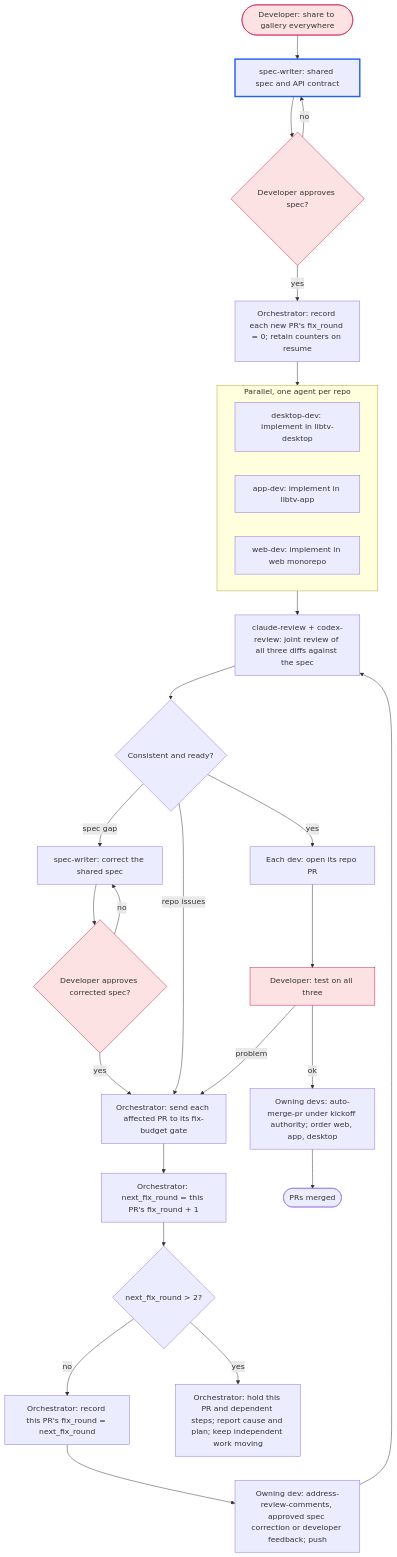
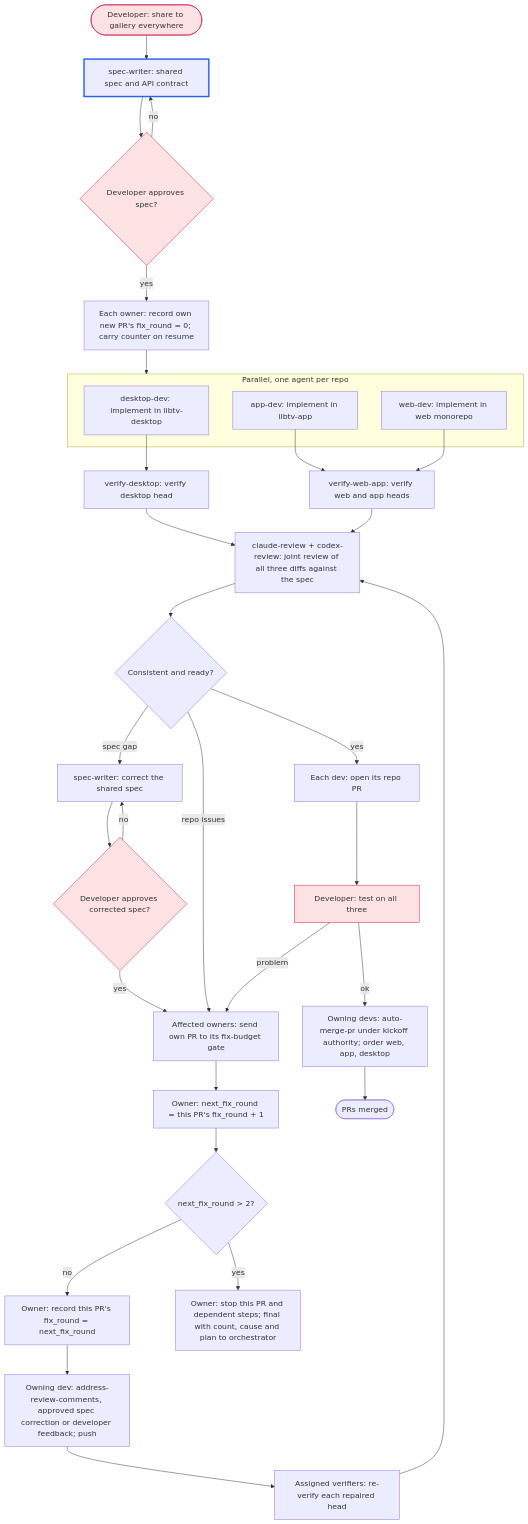
Before and after one commit to asura1234/bus: the diagram in workflows/cross-repo-feature.md, drawn with Mermaid. The commit also changed other lines of this file and 11 other files, not shown here.

````diff
--- a/workflows/cross-repo-feature.md
+++ b/workflows/cross-repo-feature.md
@@ -18,37 +22,42 @@
 ```mermaid
 flowchart TD
     start([Developer: share to gallery everywhere]):::developer --> spec
     spec[spec-writer: shared spec and API contract] --> agree{Developer approves spec?}:::developer
     agree -- no --> spec
-    agree -- yes --> initround["Orchestrator: record each new PR's fix_round = 0; retain counters on resume"]
+    agree -- yes --> initround["Each owner: record own new PR's fix_round = 0; carry counter on resume"]
     initround --> build
 
     subgraph build [Parallel, one agent per repo]
         desktop[desktop-dev: implement in libtv-desktop]
         app[app-dev: implement in libtv-app]
         web[web-dev: implement in web monorepo]
     end
 
-    build --> joint[claude-review + codex-review: joint review of all three diffs against the spec]
+    desktop --> verifydesktop[verify-desktop: verify desktop head]
+    app --> verifywebapp[verify-web-app: verify web and app heads]
+    web --> verifywebapp
+    verifydesktop --> joint[claude-review + codex-review: joint review of all three diffs against the spec]
+    verifywebapp --> joint
     joint --> consistent{Consistent and ready?}
     consistent -- spec gap --> revisespec[spec-writer: correct the shared spec]
     revisespec --> reapprove{Developer approves corrected spec?}:::developer
     reapprove -- no --> revisespec
     reapprove -- yes --> queuefix
-    consistent -- repo issues --> queuefix[Orchestrator: send each affected PR to its fix-budget gate]
-    queuefix --> nextfix["Orchestrator: next_fix_round = this PR's fix_round + 1"]
+    consistent -- repo issues --> queuefix[Affected owners: send own PR to its fix-budget gate]
+    queuefix --> nextfix["Owner: next_fix_round = this PR's fix_round + 1"]
     nextfix --> overbudget{"next_fix_round > 2?"}
-    overbudget -- no --> countfix["Orchestrator: record this PR's fix_round = next_fix_round"]
+    overbudget -- no --> countfix["Owner: record this PR's fix_round = next_fix_round"]
     countfix --> fixes[Owning dev: address-review-comments, approved spec correction or developer feedback; push]
-    fixes --> joint
-    overbudget -- yes --> hold[Orchestrator: hold this PR and dependent steps; report cause and plan; keep independent work moving]
+    fixes --> reverify[Assigned verifiers: re-verify each repaired head]
+    reverify --> joint
+    overbudget -- yes --> hold[Owner: stop this PR and dependent steps; final with count, cause and plan to orchestrator]
     consistent -- yes --> prs[Each dev: open its repo PR]
     prs --> test[Developer: test on all three]:::developer
     test -- problem --> queuefix
     test -- ok --> merge[Owning devs: auto-merge-pr under kickoff authority; order web, app, desktop]
     merge --> merged([PRs merged])
 
     classDef developer fill:#fde2e4,stroke:#c9184a
     classDef current stroke-width:3px,stroke:#2563eb
     class spec current
 ```
````
